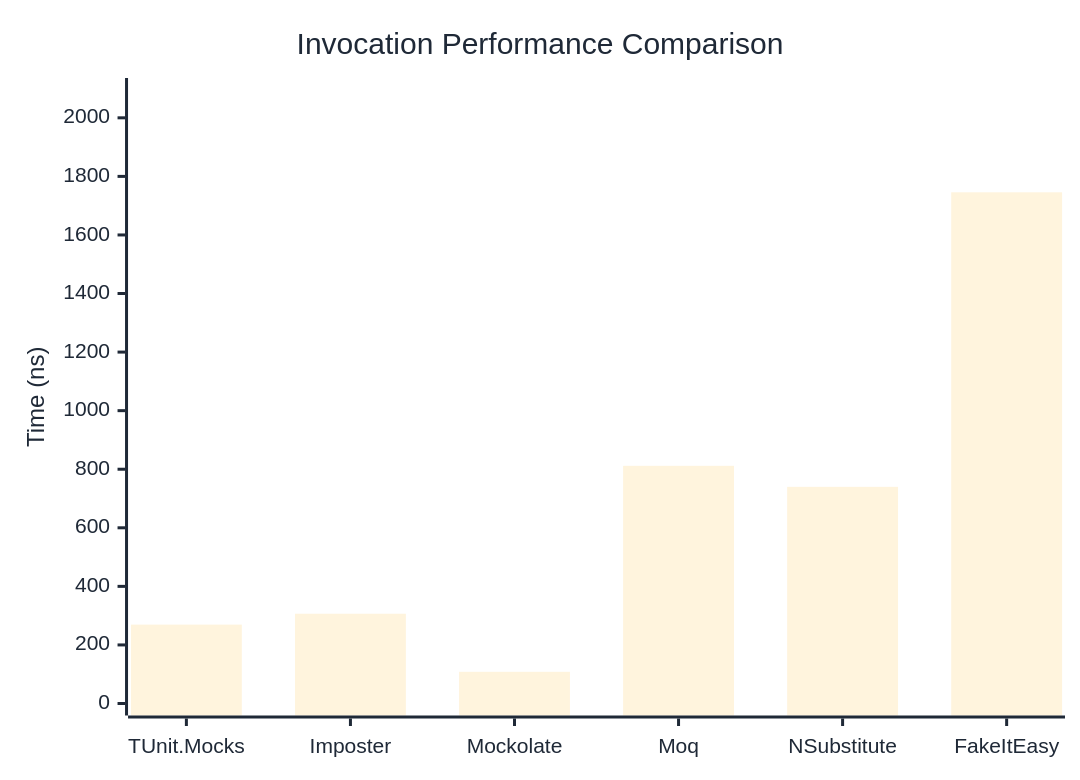
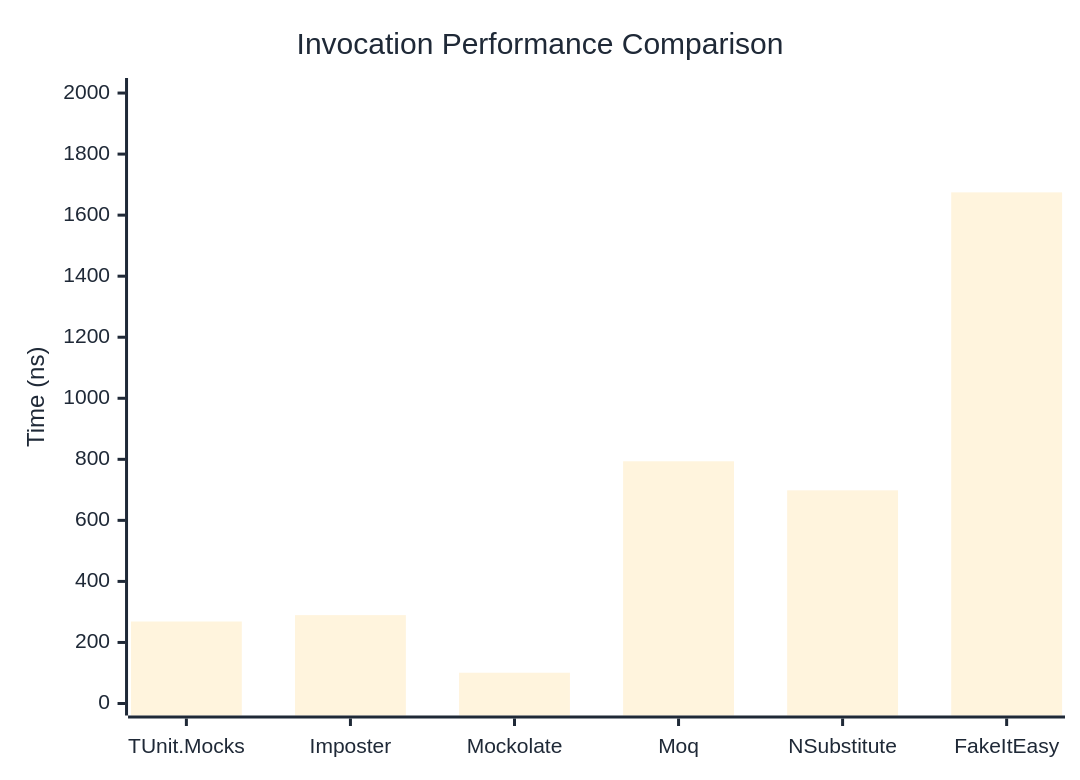
Before and after one commit to thomhurst/TUnit: the first of 3 diagrams in docs/docs/benchmarks/mocks/Invocation.md, drawn with Mermaid. The commit also changed other lines of this file and 14 other files, not shown here.

````diff
--- a/docs/docs/benchmarks/mocks/Invocation.md
+++ b/docs/docs/benchmarks/mocks/Invocation.md
@@ -30,27 +30,27 @@
 ```mermaid
 %%{init: {
   'theme':'base',
   'themeVariables': {
     'primaryColor': '#2563eb',
     'primaryTextColor': '#1f2937',
     'primaryBorderColor': '#1e40af',
     'lineColor': '#6b7280',
     'secondaryColor': '#7c3aed',
     'tertiaryColor': '#dc2626',
     'background': '#ffffff',
     'pie1': '#2563eb',
     'pie2': '#7c3aed',
     'pie3': '#dc2626',
     'pie4': '#f59e0b',
     'pie5': '#10b981',
     'pie6': '#06b6d4',
     'pie7': '#ec4899',
     'pie8': '#6366f1'
   }
 }}%%
 xychart-beta
   title "Invocation Performance Comparison"
   x-axis ["TUnit.Mocks", "Imposter", "Mockolate", "Moq", "NSubstitute", "FakeItEasy"]
-  y-axis "Time (ns)" 0 --> 2095
-  bar [269.4, 306.52, 108.22, 811.63, 739.87, 1745.67]
+  y-axis "Time (ns)" 0 --> 2010
+  bar [268.63, 289.53, 100.83, 793.58, 698.44, 1674.65]
 ```
````
